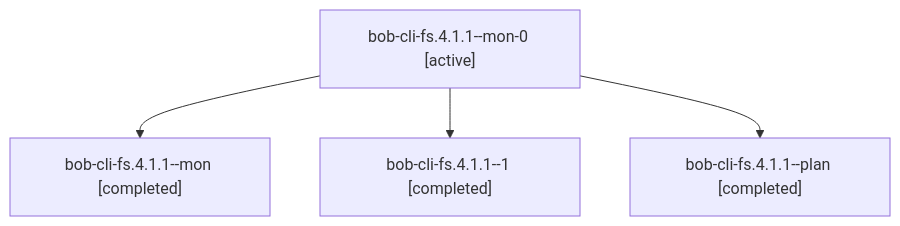
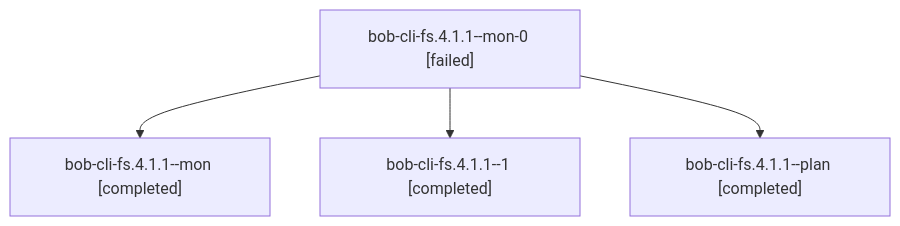
One commit to bobs-org/bob-cli--agents changed the diagram in sessions/bbugyi200.athena.bob-cli-fs.4.1.1.md. Above: the diagram before and after it, drawn with Mermaid. The commit also changed other lines of this file and 136 other files, not shown here.

````diff
--- a/sessions/bbugyi200.athena.bob-cli-fs.4.1.1.md
+++ b/sessions/bbugyi200.athena.bob-cli-fs.4.1.1.md
@@ -9,10 +9,10 @@
 ```mermaid
 flowchart TD
-  n0["bob-cli-fs.4.1.1--mon-0 [active]"]
+  n0["bob-cli-fs.4.1.1--mon-0 [failed]"]
   n1["bob-cli-fs.4.1.1--mon [completed]"]
   n0 --> n1
   n2["bob-cli-fs.4.1.1--1 [completed]"]
   n0 --> n2
   n3["bob-cli-fs.4.1.1--plan [completed]"]
   n0 --> n3
 ```
````
